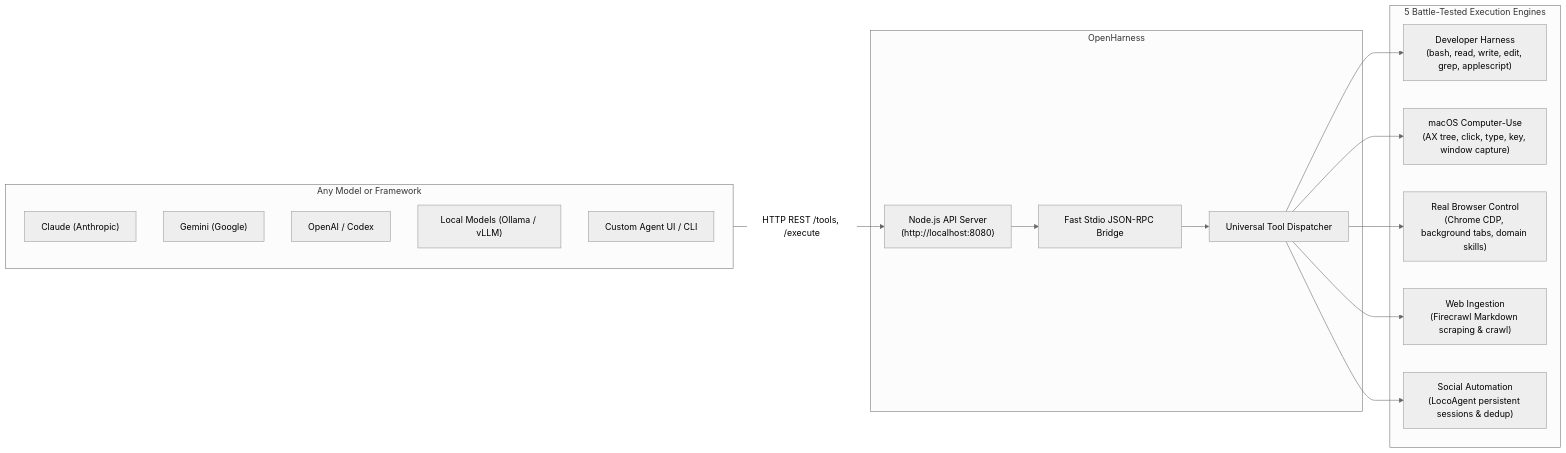
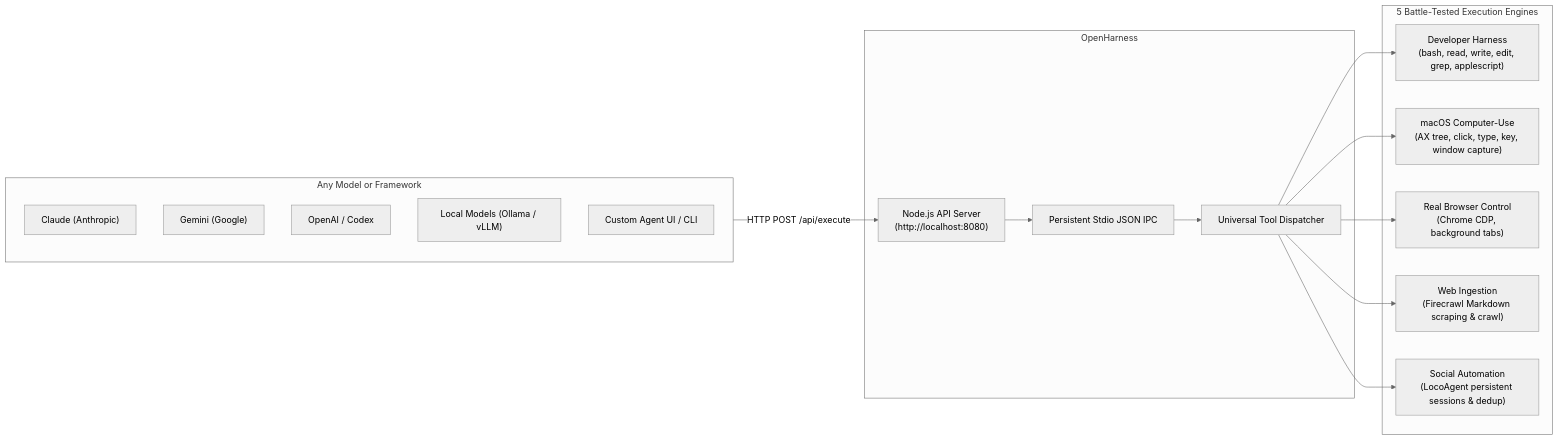
One commit to GitCoder052023/OpenHarness changed the diagram in README.md. Above: the diagram before and after it, drawn with Mermaid (neutral theme). The commit also changed other lines of this file, not shown here.

Commit message:
docs: update README to reflect changes in API server description and endpoints

````diff
--- a/README.md
+++ b/README.md
@@ -50,33 +50,33 @@
 ```mermaid
 flowchart LR
     subgraph Clients["Any Model or Framework"]
         CL["Claude (Anthropic)"]
         GE["Gemini (Google)"]
         OX["OpenAI / Codex"]
         LM["Local Models (Ollama / vLLM)"]
         UI["Custom Agent UI / CLI"]
     end
 
     subgraph OpenHarness["OpenHarness"]
         API["Node.js API Server<br/>(http://localhost:8080)"]
-        IPC["Fast Stdio JSON-RPC Bridge"]
+        IPC["Persistent Stdio JSON IPC"]
         DISP["Universal Tool Dispatcher"]
         
         API --> IPC --> DISP
     end
 
     subgraph Engines["5 Battle-Tested Execution Engines"]
         E1["Developer Harness<br/>(bash, read, write, edit, grep, applescript)"]
         E2["macOS Computer-Use<br/>(AX tree, click, type, key, window capture)"]
-        E3["Real Browser Control<br/>(Chrome CDP, background tabs, domain skills)"]
+        E3["Real Browser Control<br/>(Chrome CDP, background tabs)"]
         E4["Web Ingestion<br/>(Firecrawl Markdown scraping & crawl)"]
         E5["Social Automation<br/>(LocoAgent persistent sessions & dedup)"]
     end
 
-    Clients -->|"HTTP REST /tools, /execute"| API
+    Clients -->|"HTTP POST /api/execute"| API
     DISP --> E1
     DISP --> E2
     DISP --> E3
     DISP --> E4
     DISP --> E5
 ```
````
